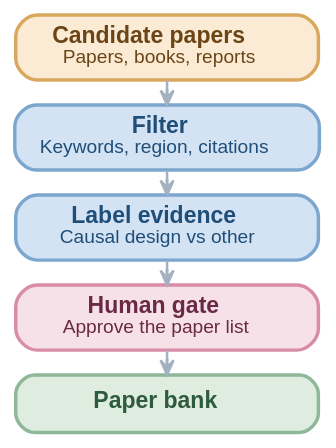
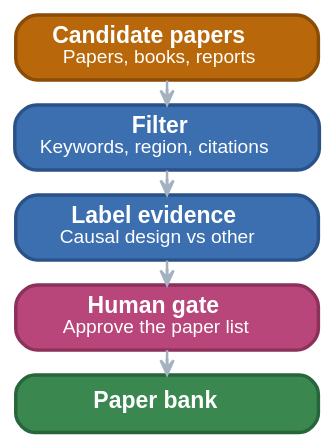
Before and after one commit to GokuHashira/gpsaggese.github.io: the third of 15 diagrams in papers/Causal_Analysis_for_Finance/notes.slides.md, drawn with Graphviz. The commit also changed other lines of this file and 6 other files, not shown here.

````diff
--- a/papers/Causal_Analysis_for_Finance/notes.slides.md
+++ b/papers/Causal_Analysis_for_Finance/notes.slides.md
@@ -396,41 +430,41 @@
-```graphviz[width=70%]
+```graphviz[width=58%]
 digraph PaperBank {
   // input : orange | automated step : blue | human gate : rose | output : sage
   bgcolor="transparent";
   pad="0.10";
   splines=spline;
   nodesep=0.25;
   ranksep=0.18;
   rankdir=TB;
 
   node [shape=box,
         style="rounded,filled",
         penwidth=1.8,
         fontname="Helvetica",
         fontsize=12,
         margin="0.18,0.08",
         height=0.42,
         width=2.2];
 
   edge [color="#A3B1C0",
         penwidth=1.3,
         arrowhead=vee,
         arrowsize=0.75,
         fontname="Helvetica",
         fontsize=10,
         fontcolor="#7B8794"];
 
   Candidates [label=<<b>Candidate papers</b><br/><font point-size="10">Papers, books, reports</font>>,
-              fillcolor="#FBEBD4", color="#D9A85F", fontcolor="#6B4517"];
+              fillcolor="#B8680A", color="#8A4C06", fontcolor="#FFFFFF"];
   Filter     [label=<<b>Filter</b><br/><font point-size="10">Keywords, region, citations</font>>,
-              fillcolor="#D3E3F3", color="#7CA6CE", fontcolor="#1F4E79"];
+              fillcolor="#3C6FB0", color="#2A5288", fontcolor="#FFFFFF"];
   Label      [label=<<b>Label evidence</b><br/><font point-size="10">Causal design vs other</font>>,
-              fillcolor="#D3E3F3", color="#7CA6CE", fontcolor="#1F4E79"];
+              fillcolor="#3C6FB0", color="#2A5288", fontcolor="#FFFFFF"];
   Gate       [label=<<b>Human gate</b><br/><font point-size="10">Approve the paper list</font>>,
-              fillcolor="#F6E1E8", color="#D98CA8", fontcolor="#6B2A44"];
+              fillcolor="#B8467A", color="#8C3159", fontcolor="#FFFFFF"];
   Bank       [label=<<b>Paper bank</b>>,
-              fillcolor="#DFEDE0", color="#8FB79A", fontcolor="#2E5A3D"];
+              fillcolor="#3A874F", color="#27663A", fontcolor="#FFFFFF"];
 
   Candidates -> Filter -> Label -> Gate -> Bank;
 }
 ```
````
